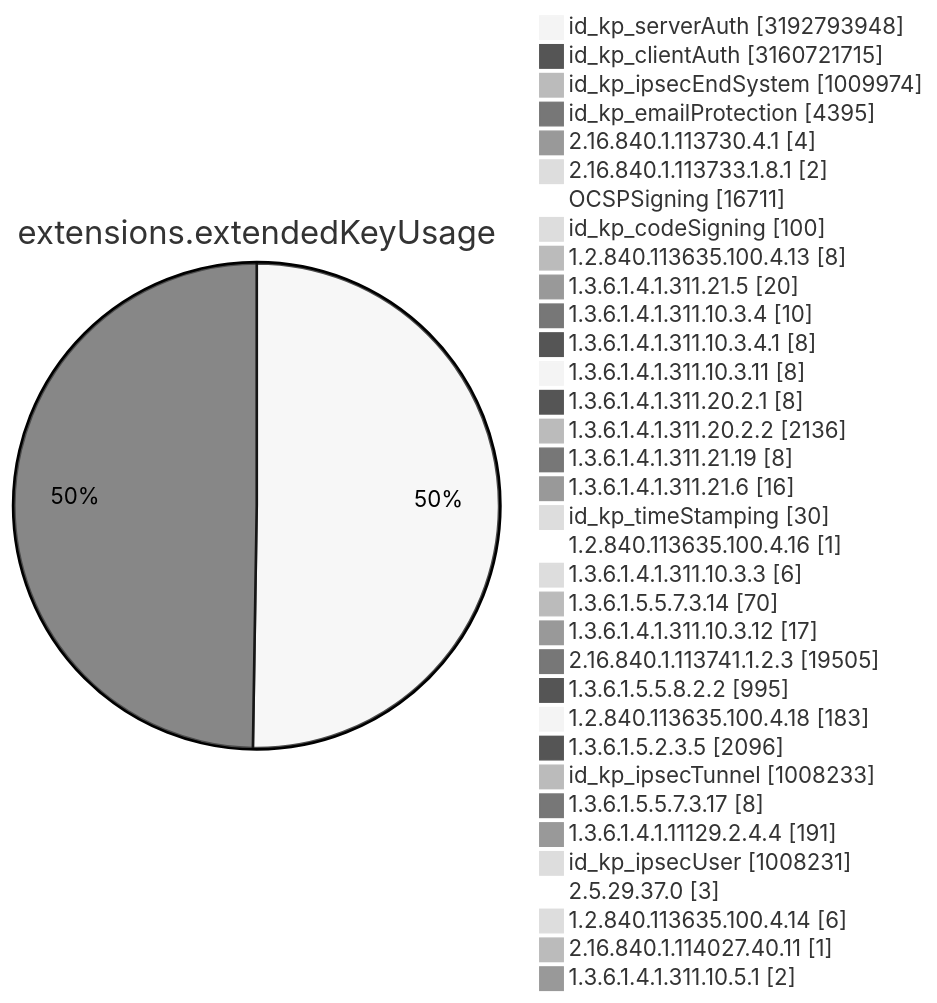
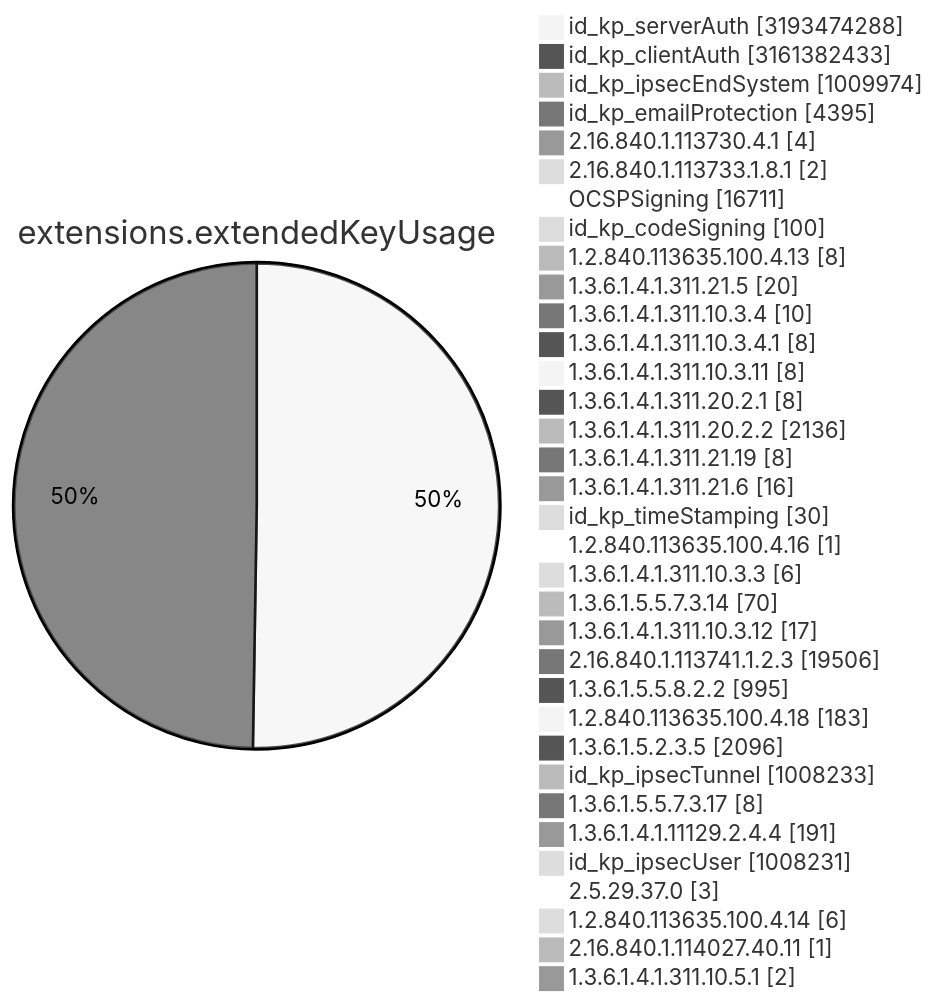
Diagram 11 of 15 in TOTAL/README.md (christiankrug/ctmonitor_visualization), drawn with Mermaid (neutral theme) before and after one commit. The commit also changed other lines of this file, not shown here.

````diff
--- a/TOTAL/README.md
+++ b/TOTAL/README.md
@@ -4119,38 +4119,38 @@
 ```mermaid
 pie showData
 title extensions.extendedKeyUsage
-"id_kp_serverAuth" :3192793948
-"id_kp_clientAuth" :3160721715
+"id_kp_serverAuth" :3193474288
+"id_kp_clientAuth" :3161382433
 "id_kp_ipsecEndSystem" :1009974
 "id_kp_emailProtection" :4395
 "2.16.840.1.113730.4.1" :4
 "2.16.840.1.113733.1.8.1" :2
 "OCSPSigning" :16711
 "id_kp_codeSigning" :100
 "1.2.840.113635.100.4.13" :8
 "1.3.6.1.4.1.311.21.5" :20
 "1.3.6.1.4.1.311.10.3.4" :10
 "1.3.6.1.4.1.311.10.3.4.1" :8
 "1.3.6.1.4.1.311.10.3.11" :8
 "1.3.6.1.4.1.311.20.2.1" :8
 "1.3.6.1.4.1.311.20.2.2" :2136
 "1.3.6.1.4.1.311.21.19" :8
 "1.3.6.1.4.1.311.21.6" :16
 "id_kp_timeStamping" :30
 "1.2.840.113635.100.4.16" :1
 "1.3.6.1.4.1.311.10.3.3" :6
 "1.3.6.1.5.5.7.3.14" :70
 "1.3.6.1.4.1.311.10.3.12" :17
-"2.16.840.1.113741.1.2.3" :19505
+"2.16.840.1.113741.1.2.3" :19506
 "1.3.6.1.5.5.8.2.2" :995
 "1.2.840.113635.100.4.18" :183
 "1.3.6.1.5.2.3.5" :2096
 "id_kp_ipsecTunnel" :1008233
 "1.3.6.1.5.5.7.3.17" :8
 "1.3.6.1.4.1.11129.2.4.4" :191
 "id_kp_ipsecUser" :1008231
 "2.5.29.37.0" :3
 "1.2.840.113635.100.4.14" :6
 "2.16.840.1.114027.40.11" :1
 "1.3.6.1.4.1.311.10.5.1" :2
 ```
````
